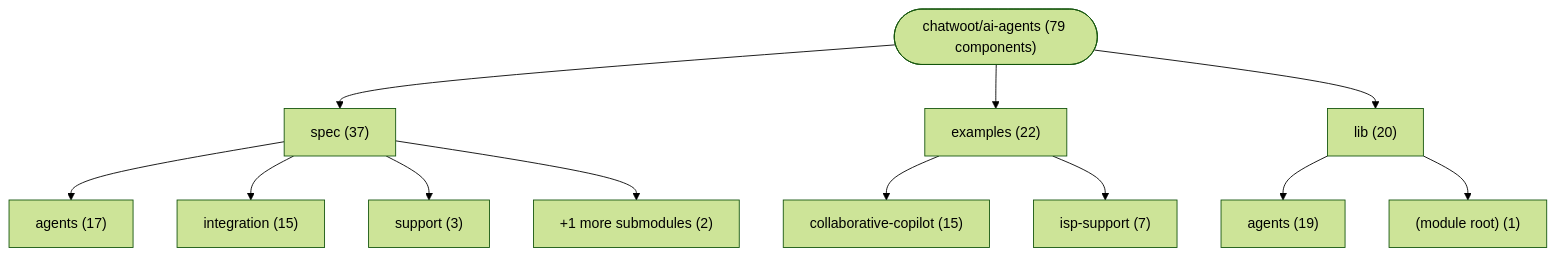
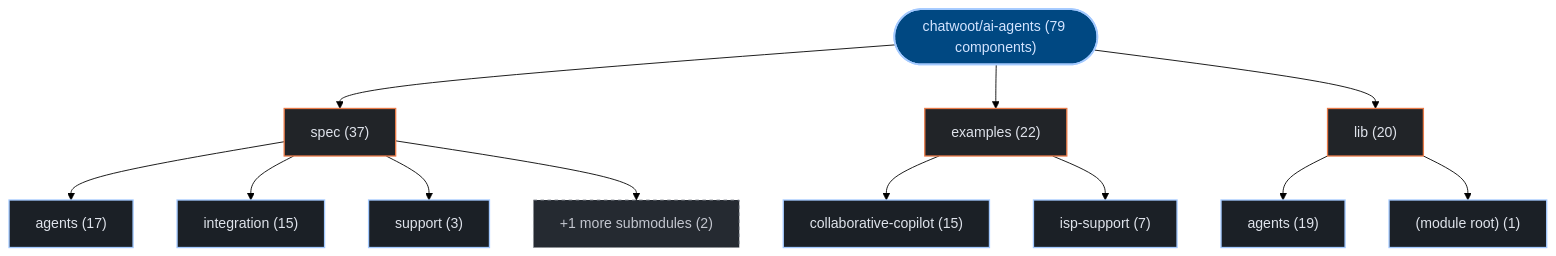
Before and after one commit to kumarshaz/atruss-code-atlas: the first of 2 diagrams in exports/latest/reports/chatwoot-ai-agents-report.md, drawn with Mermaid (forest theme). The commit also changed other lines of this file and 331 other files, not shown here.

Commit message:
docs,ui,fix: update SDLC docs, reorder CI/CD DAG first, stylize Mermaid, and fix Arc42 pipeline topology

````diff
--- a/exports/latest/reports/chatwoot-ai-agents-report.md
+++ b/exports/latest/reports/chatwoot-ai-agents-report.md
@@ -41,26 +41,33 @@
 ```mermaid
 graph TD;
-    repo_root(["chatwoot/ai-agents (79 components)"])
-    dir_0_spec["spec (37)"]
+  classDef atlasRoot fill:#004882,stroke:#a3c9ff,stroke-width:2px,color:#d3e4ff
+  classDef atlasCategory fill:#212428,stroke:#E87A48,stroke-width:1.5px,color:#dfe3eb
+  classDef atlasWorkflow fill:#1b2026,stroke:#a3c9ff,stroke-width:1.5px,color:#dfe3eb
+  classDef atlasJob fill:#171c22,stroke:#8d9199,stroke-width:1px,color:#dfe3eb
+  classDef atlasTarget fill:#005227,stroke:#8bd99b,stroke-width:1.5px,color:#a7f6b6
+  classDef atlasAlert fill:#93000a,stroke:#ffb4ab,stroke-width:1.5px,color:#ffdad6
+  classDef atlasMore fill:#252a31,stroke:#8d9199,stroke-dasharray:4 4,color:#c3c6cf
+    repo_root(["chatwoot/ai-agents (79 components)"]):::atlasRoot
+    dir_0_spec["spec (37)"]:::atlasCategory
     repo_root --> dir_0_spec
-    sub_0_0_agents["agents (17)"]
+    sub_0_0_agents["agents (17)"]:::atlasWorkflow
     dir_0_spec --> sub_0_0_agents
-    sub_0_1_integration["integration (15)"]
+    sub_0_1_integration["integration (15)"]:::atlasWorkflow
     dir_0_spec --> sub_0_1_integration
-    sub_0_2_support["support (3)"]
+    sub_0_2_support["support (3)"]:::atlasWorkflow
     dir_0_spec --> sub_0_2_support
-    sub_0_more["+1 more submodules (2)"]
+    sub_0_more["+1 more submodules (2)"]:::atlasMore
     dir_0_spec --> sub_0_more
-    dir_1_examples["examples (22)"]
+    dir_1_examples["examples (22)"]:::atlasCategory
     repo_root --> dir_1_examples
-    sub_1_0_collaborative_copilot["collaborative-copilot (15)"]
+    sub_1_0_collaborative_copilot["collaborative-copilot (15)"]:::atlasWorkflow
     dir_1_examples --> sub_1_0_collaborative_copilot
-    sub_1_1_isp_support["isp-support (7)"]
+    sub_1_1_isp_support["isp-support (7)"]:::atlasWorkflow
     dir_1_examples --> sub_1_1_isp_support
-    dir_2_lib["lib (20)"]
+    dir_2_lib["lib (20)"]:::atlasCategory
     repo_root --> dir_2_lib
-    sub_2_0_agents["agents (19)"]
+    sub_2_0_agents["agents (19)"]:::atlasWorkflow
     dir_2_lib --> sub_2_0_agents
-    sub_2_1__module_root_["(module root) (1)"]
+    sub_2_1__module_root_["(module root) (1)"]:::atlasWorkflow
     dir_2_lib --> sub_2_1__module_root_
 ```
````
